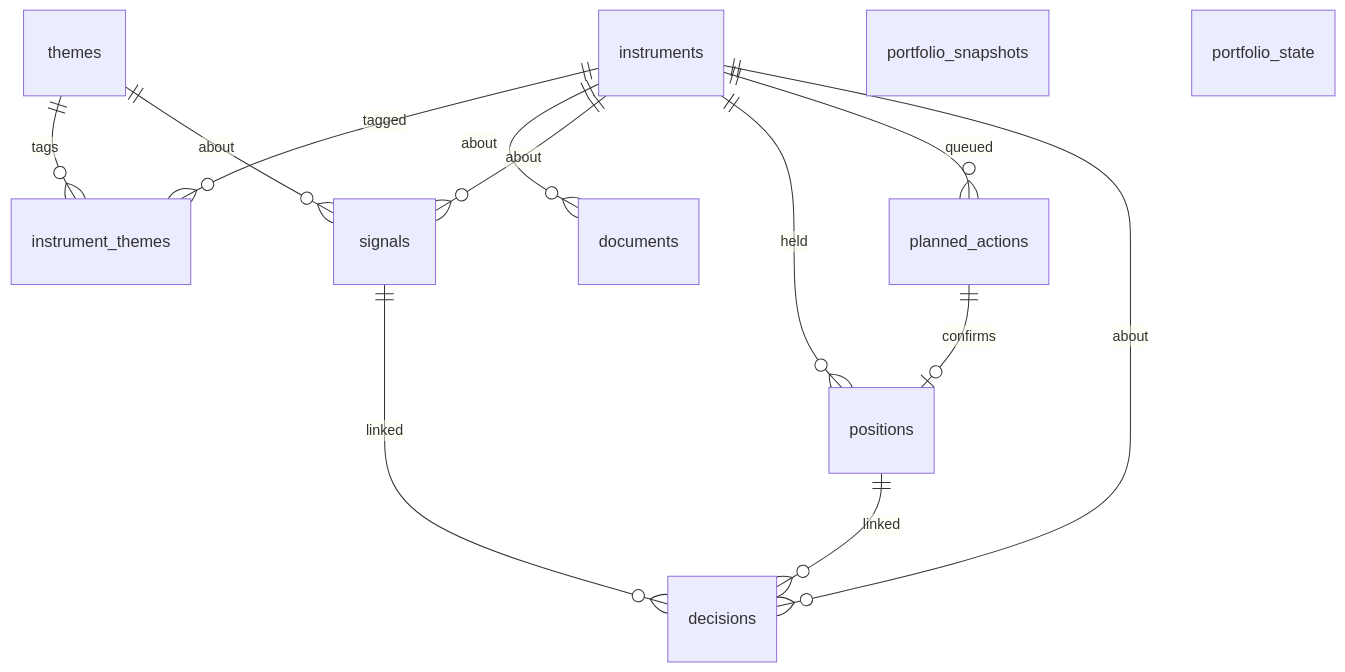
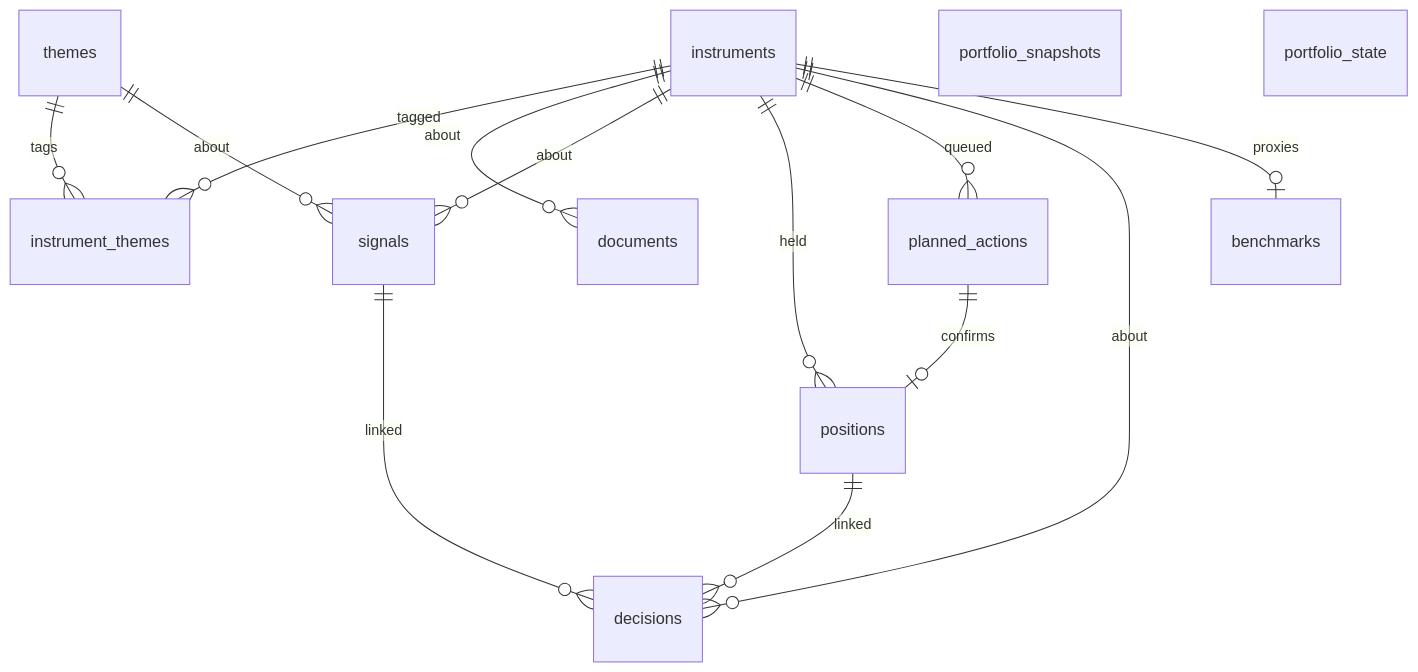
One commit to cpascoli/powerfund changed the diagram in architecture/data-model.md. Above: the diagram before and after it, drawn with Mermaid. The commit also changed other lines of this file and 33 other files, not shown here.

````diff
--- a/architecture/data-model.md
+++ b/architecture/data-model.md
@@ -7,16 +7,17 @@
 ```mermaid
 erDiagram
   themes ||--o{ instrument_themes : tags
   instruments ||--o{ instrument_themes : tagged
   instruments ||--o{ documents : about
   instruments ||--o{ signals : about
   themes ||--o{ signals : about
   instruments ||--o{ positions : held
   instruments ||--o{ planned_actions : queued
   instruments ||--o{ decisions : about
   positions ||--o{ decisions : linked
   planned_actions ||--o| positions : confirms
   signals ||--o{ decisions : linked
   portfolio_snapshots
   portfolio_state
+  instruments ||--o| benchmarks : proxies
 ```
````
